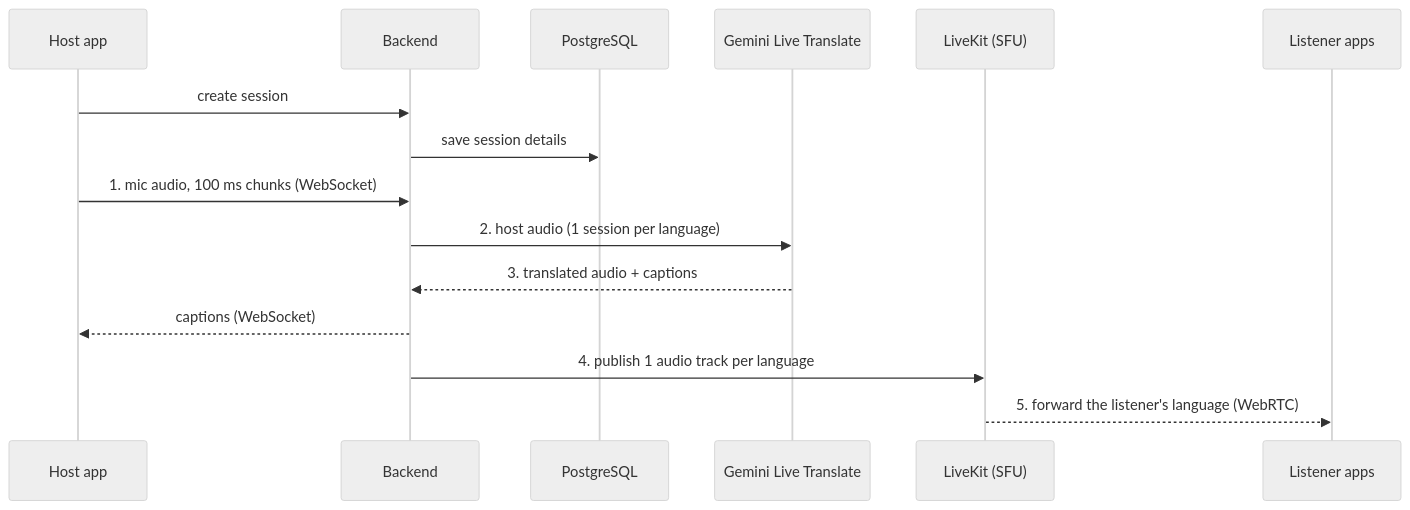
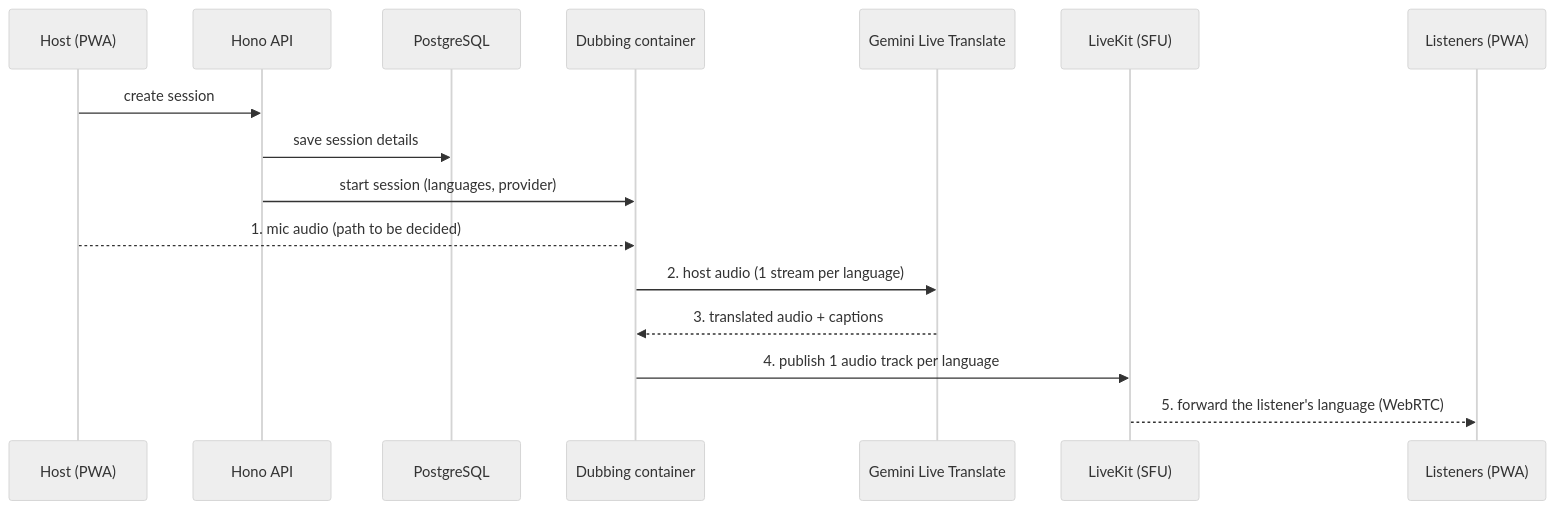
The second of 5 diagrams in docs/architecture.md (WH1TE-SHAD0W/ai-dubbing-studio), drawn with Mermaid (neutral theme) before and after one commit. The commit also changed other lines of this file and 1 other file, not shown here.

Commit message:
docs: rewrite Architecture to match the decision records

````diff
--- a/docs/architecture.md
+++ b/docs/architecture.md
@@ -36,17 +51,18 @@
 ```mermaid
 sequenceDiagram
-  participant H as Host app
-  participant B as Backend
+  participant H as Host (PWA)
+  participant A as Hono API
   participant D as PostgreSQL
+  participant C as Dubbing container
   participant G as Gemini Live Translate
   participant K as LiveKit (SFU)
-  participant L as Listener apps
-  H->>B: create session
-  B->>D: save session details
-  H->>B: 1. mic audio, 100 ms chunks (WebSocket)
-  B->>G: 2. host audio (1 session per language)
-  G-->>B: 3. translated audio + captions
-  B-->>H: captions (WebSocket)
-  B->>K: 4. publish 1 audio track per language
+  participant L as Listeners (PWA)
+  H->>A: create session
+  A->>D: save session details
+  A->>C: start session (languages, provider)
+  H-->>C: 1. mic audio (path to be decided)
+  C->>G: 2. host audio (1 stream per language)
+  G-->>C: 3. translated audio + captions
+  C->>K: 4. publish 1 audio track per language
   K-->>L: 5. forward the listener's language (WebRTC)
 ```
````
